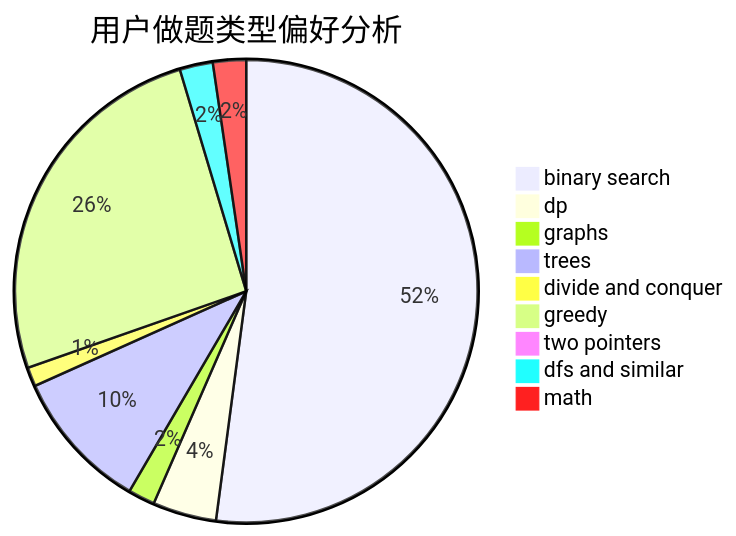
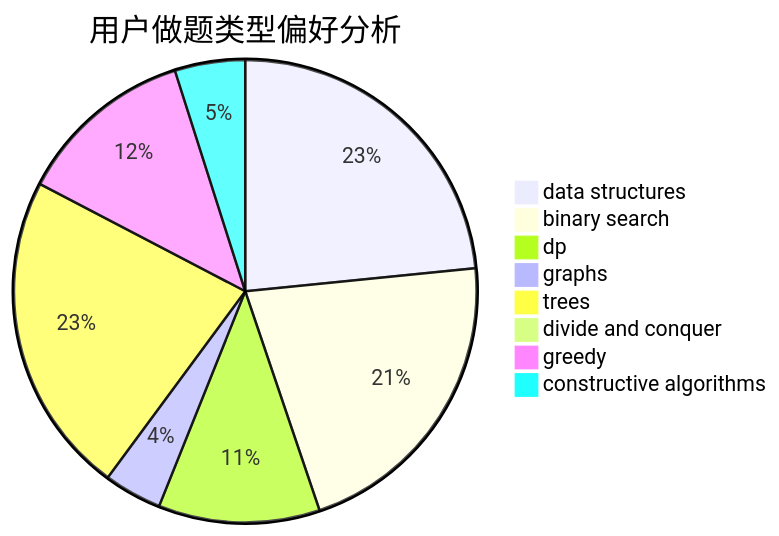
One commit to sherpahu/cfrs.github.io changed the second of 3 diagrams in docs/user/u466.md. Above: the diagram before and after it, drawn with Mermaid. The commit also changed other lines of this file and 2775 other files, not shown here.

````diff
--- a/docs/user/u466.md
+++ b/docs/user/u466.md
@@ -23,12 +23,11 @@
 ```mermaid
 pie title 用户做题类型偏好分析
-    "binary search" :  585
-    "dp" :  50
-    "graphs" :  21
-    "trees" :  111
-    "divide and conquer" :  15
-    "greedy" :  289
-    "two pointers" :  6
-    "dfs and similar" :  26
-    "math" :  26
+    "data structures" :  81
+    "binary search" :  74
+    "dp" :  39
+    "graphs" :  14
+    "trees" :  78
+    "divide and conquer" :  0
+    "greedy" :  43
+    "constructive algorithms" :  17
 ```
````
